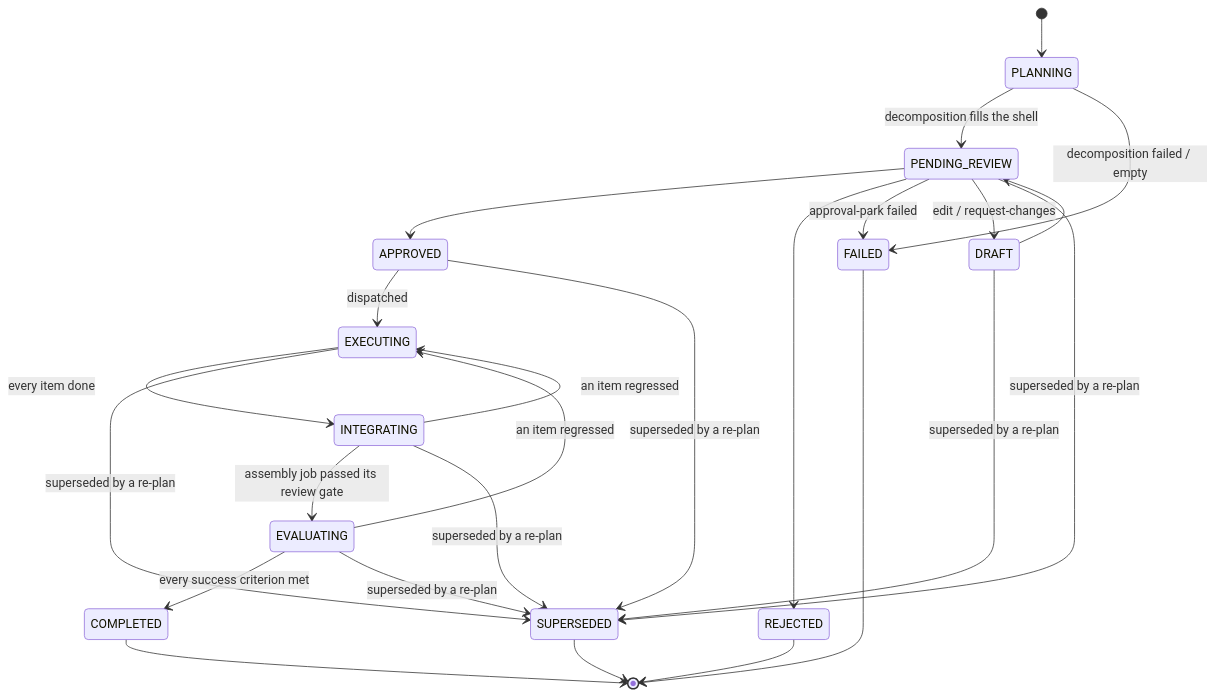
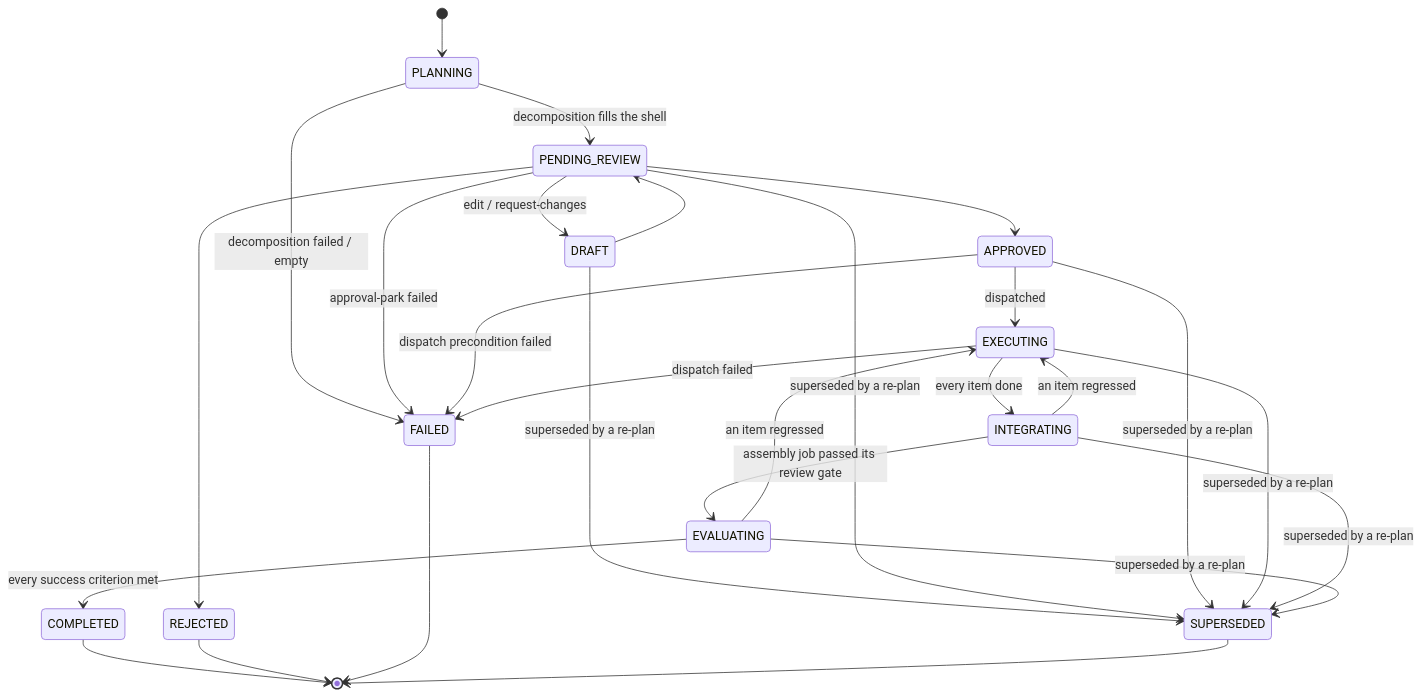
Before and after one commit to Aureliolo/synthorg: the diagram in docs/design/plan-review.md, drawn with Mermaid. The commit also changed other lines of this file and 307 other files, not shown here.

````diff
--- a/docs/design/plan-review.md
+++ b/docs/design/plan-review.md
@@ -77,27 +77,29 @@
 ```mermaid
 stateDiagram-v2
     [*] --> PLANNING
     PLANNING --> PENDING_REVIEW: decomposition fills the shell
     PLANNING --> FAILED: decomposition failed / empty
     DRAFT --> PENDING_REVIEW
     PENDING_REVIEW --> APPROVED
     PENDING_REVIEW --> REJECTED
     PENDING_REVIEW --> FAILED: approval-park failed
     PENDING_REVIEW --> DRAFT: edit / request-changes
     DRAFT --> SUPERSEDED: superseded by a re-plan
     PENDING_REVIEW --> SUPERSEDED: superseded by a re-plan
     APPROVED --> EXECUTING: dispatched
+    APPROVED --> FAILED: dispatch precondition failed
     APPROVED --> SUPERSEDED: superseded by a re-plan
     EXECUTING --> INTEGRATING: every item done
+    EXECUTING --> FAILED: dispatch failed
     EXECUTING --> SUPERSEDED: superseded by a re-plan
     INTEGRATING --> EVALUATING: assembly job passed its review gate
     INTEGRATING --> EXECUTING: an item regressed
     INTEGRATING --> SUPERSEDED: superseded by a re-plan
     EVALUATING --> COMPLETED: every success criterion met
     EVALUATING --> EXECUTING: an item regressed
     EVALUATING --> SUPERSEDED: superseded by a re-plan
     COMPLETED --> [*]
     REJECTED --> [*]
     FAILED --> [*]
     SUPERSEDED --> [*]
 ```
````
